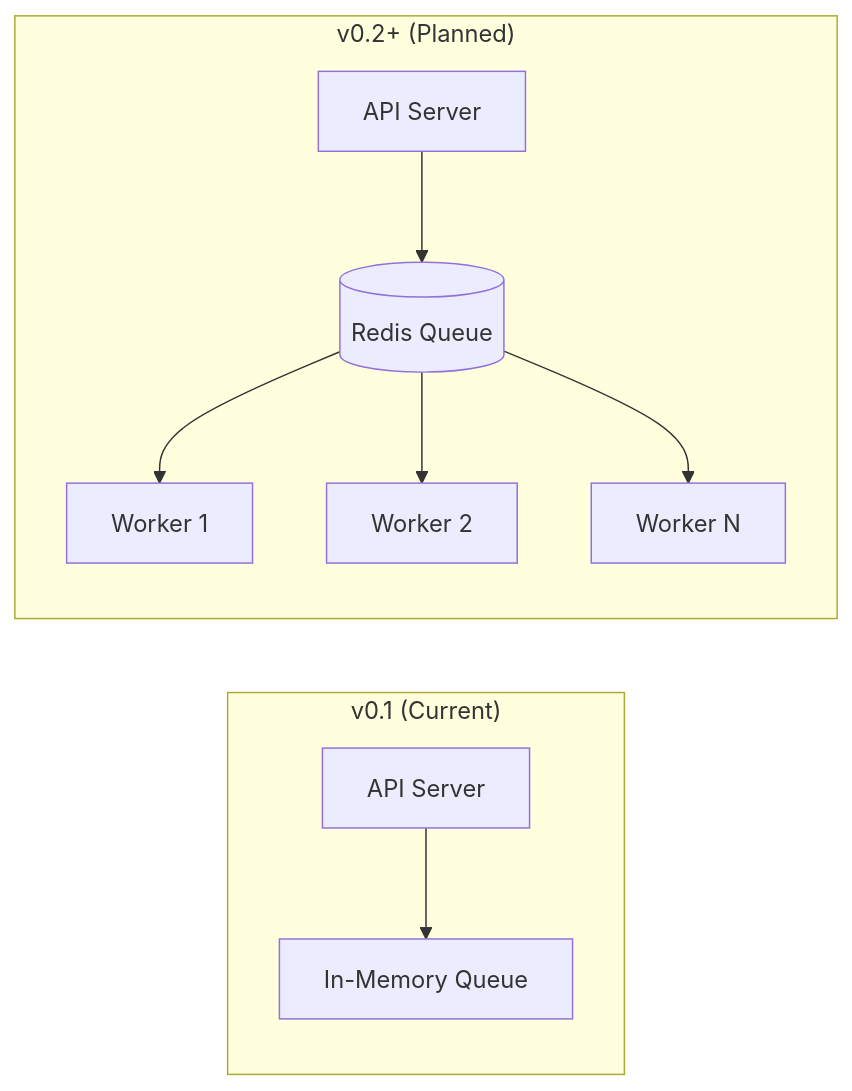
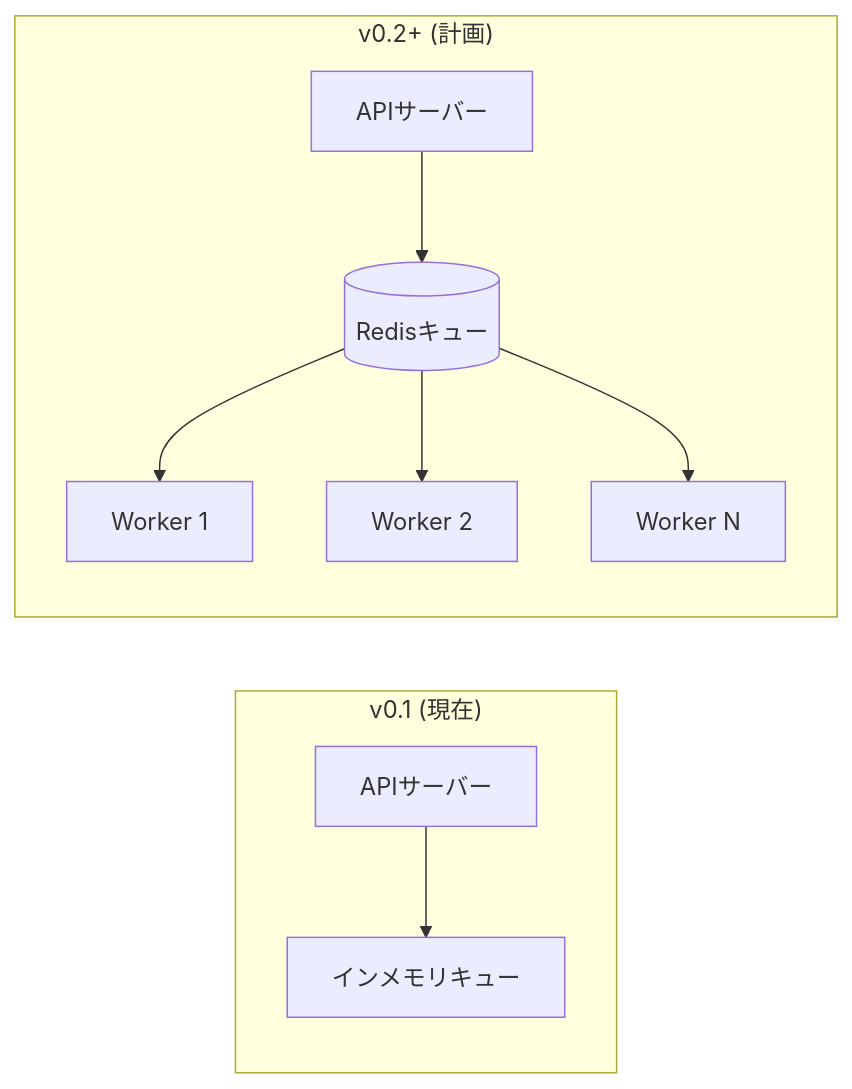
One commit to hampen2929/zloth changed diagram 12 of 15 in docs/architecture.md. Above: the diagram before and after it, drawn with Mermaid. The commit also changed other lines of this file, not shown here.

First line of the commit message:
Translate architecture documentation to Japanese

````diff
--- a/docs/architecture.md
+++ b/docs/architecture.md
@@ -553,13 +553,13 @@
 ```mermaid
 flowchart LR
-    subgraph v0.1["v0.1 (Current)"]
-        API1[API Server] --> IMQ[In-Memory Queue]
+    subgraph v0.1["v0.1 (現在)"]
+        API1[APIサーバー] --> IMQ[インメモリキュー]
     end
 
-    subgraph v0.2["v0.2+ (Planned)"]
-        API2[API Server] --> Redis[(Redis Queue)]
+    subgraph v0.2["v0.2+ (計画)"]
+        API2[APIサーバー] --> Redis[(Redisキュー)]
         Redis --> W1[Worker 1]
         Redis --> W2[Worker 2]
         Redis --> WN[Worker N]
     end
 ```
````
